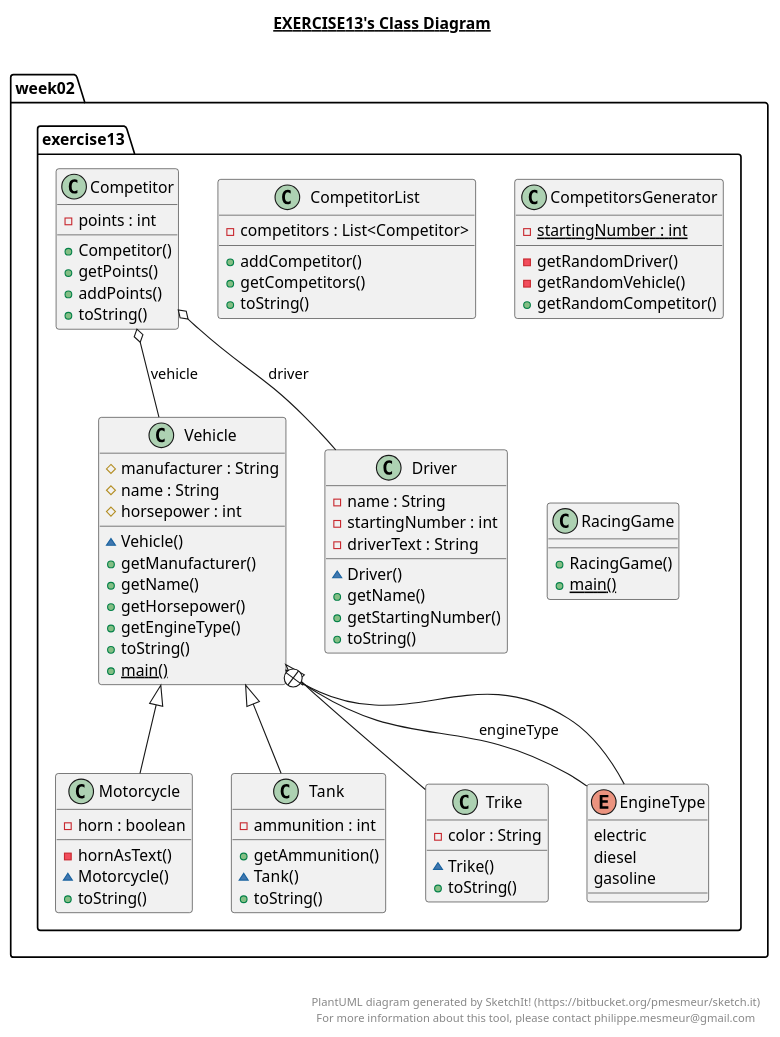
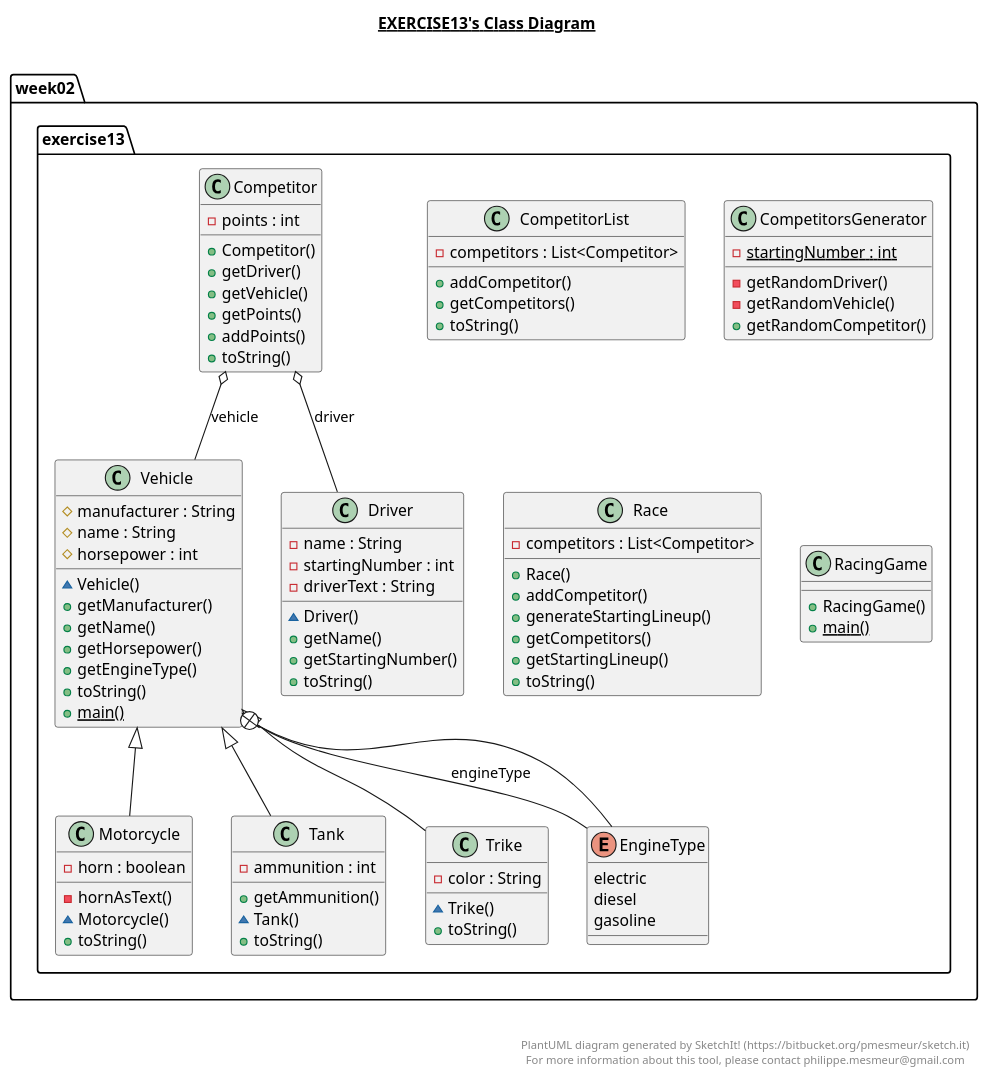
The diagram in src/main/java/week02/exercise13/exercise13.plantuml (axelmotyka/adventcalendar), drawn with PlantUML before and after one commit. The commit also changed 2 other files, not shown here.

Commit message:
Some revisions on the Race.java and RacingGame.java clases added. INFO: The solution for exercise 14 has been saved in the directory of exercise 13.

```diff
--- a/src/main/java/week02/exercise13/exercise13.plantuml
+++ b/src/main/java/week02/exercise13/exercise13.plantuml
@@ -1,127 +1,142 @@
 @startuml
 
 title __EXERCISE13's Class Diagram__\n
 
   package week02.exercise13 {
     class Competitor {
         - points : int
         + Competitor()
+        + getDriver()
+        + getVehicle()
         + getPoints()
         + addPoints()
         + toString()
     }
   }
   
 
   package week02.exercise13 {
     class CompetitorList {
         - competitors : List<Competitor>
         + addCompetitor()
         + getCompetitors()
         + toString()
     }
   }
   
 
   package week02.exercise13 {
     class CompetitorsGenerator {
         {static} - startingNumber : int
         - getRandomDriver()
         - getRandomVehicle()
         + getRandomCompetitor()
     }
   }
   
 
   package week02.exercise13 {
     class Driver {
         - name : String
         - startingNumber : int
         - driverText : String
         ~ Driver()
         + getName()
         + getStartingNumber()
         + toString()
     }
   }
   
 
   package week02.exercise13 {
     class Motorcycle {
         - horn : boolean
         - hornAsText()
         ~ Motorcycle()
+        + toString()
+    }
+  }
+  
+
+  package week02.exercise13 {
+    class Race {
+        - competitors : List<Competitor>
+        + Race()
+        + addCompetitor()
+        + generateStartingLineup()
+        + getCompetitors()
+        + getStartingLineup()
         + toString()
     }
   }
   
 
   package week02.exercise13 {
     class RacingGame {
         + RacingGame()
         {static} + main()
     }
   }
   
 
   package week02.exercise13 {
     class Tank {
         - ammunition : int
         + getAmmunition()
         ~ Tank()
         + toString()
     }
   }
   
 
   package week02.exercise13 {
     class Trike {
         - color : String
         ~ Trike()
         + toString()
     }
   }
   
 
   package week02.exercise13 {
     class Vehicle {
         # manufacturer : String
         # name : String
         # horsepower : int
         ~ Vehicle()
         + getManufacturer()
         + getName()
         + getHorsepower()
         + getEngineType()
         + toString()
         {static} + main()
     }
   }
   
 
   package week02.exercise13 {
     enum EngineType {
       electric
       diesel
       gasoline
     }
   }
   
 
   Competitor o-- Driver : driver
   Competitor o-- Vehicle : vehicle
   Motorcycle -up-|> Vehicle
   Tank -up-|> Vehicle
   Trike -up-|> Vehicle
   Vehicle o-- EngineType : engineType
   Vehicle +-down- EngineType
 
 
 right footer
 
 
 PlantUML diagram generated by SketchIt! (https://bitbucket.org/pmesmeur/sketch.it)
 For more information about this tool, please contact philippe.mesmeur@gmail.com
 endfooter
 
 @enduml
```
